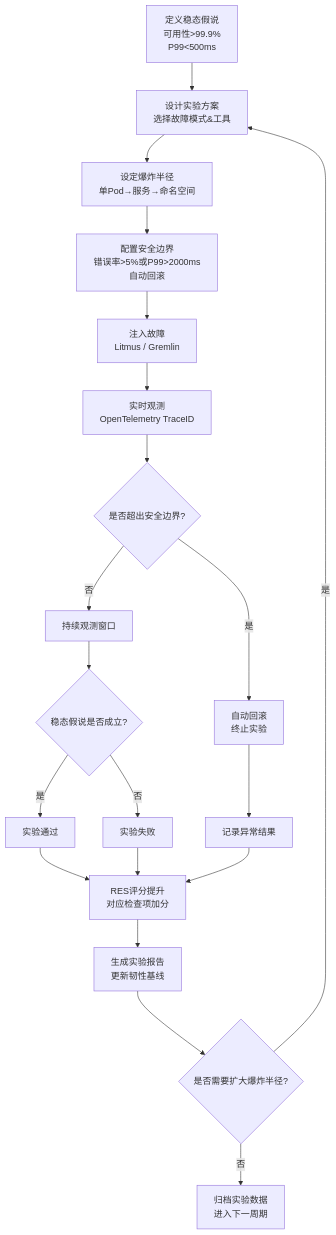
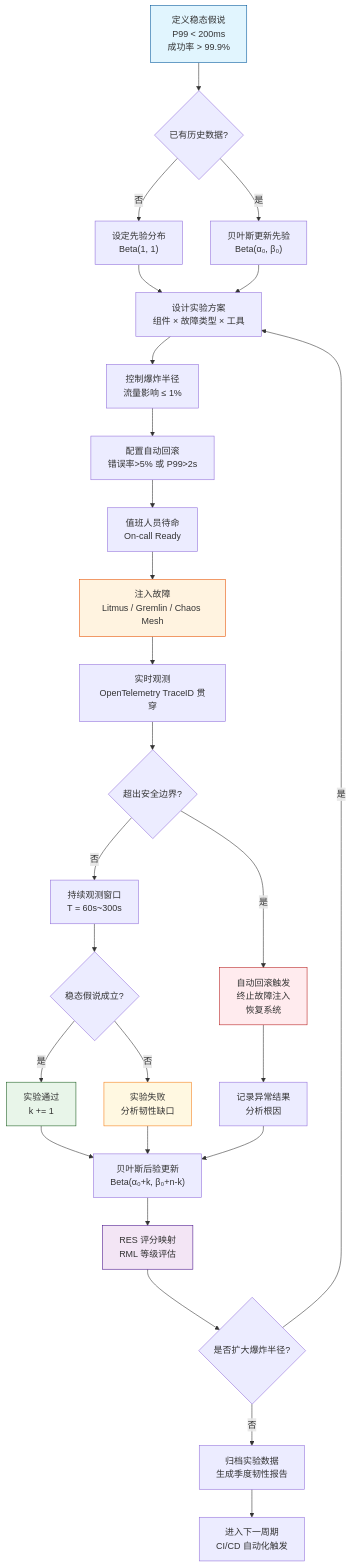
The first of 2 diagrams in TECH-STACK-STREAMING-POSTGRES-TEMPORAL-KRATOS/04-resilience/04.05-chaos-engineering-practice.md (AdaMartin18010/AnalysisDataFlow), drawn with Mermaid before and after one commit. The commit also changed other lines of this file and 5 other files, not shown here.

````diff
--- a/TECH-STACK-STREAMING-POSTGRES-TEMPORAL-KRATOS/04-resilience/04.05-chaos-engineering-practice.md
+++ b/TECH-STACK-STREAMING-POSTGRES-TEMPORAL-KRATOS/04-resilience/04.05-chaos-engineering-practice.md
@@ -324,22 +644,35 @@
 ```mermaid
 flowchart TD
-    A[定义稳态假说<br/>可用性>99.9%<br/>P99<500ms] --> B[设计实验方案<br/>选择故障模式&工具]
-    B --> C[设定爆炸半径<br/>单Pod→服务→命名空间]
-    C --> D[配置安全边界<br/>错误率>5%或P99>2000ms<br/>自动回滚]
-    D --> E[注入故障<br/>Litmus / Gremlin]
-    E --> F[实时观测<br/>OpenTelemetry TraceID]
-    F --> G{是否超出安全边界?}
-    G -->|是| H[自动回滚<br/>终止实验]
-    G -->|否| I[持续观测窗口]
-    H --> J[记录异常结果]
-    I --> K{稳态假说是否成立?}
-    K -->|是| L[实验通过]
-    K -->|否| M[实验失败]
-    L --> N[RES评分提升<br/>对应检查项加分]
-    M --> N
-    J --> N
-    N --> O[生成实验报告<br/>更新韧性基线]
-    O --> P{是否需要扩大爆炸半径?}
-    P -->|是| B
-    P -->|否| Q[归档实验数据<br/>进入下一周期]
+    A["定义稳态假说<br/>P99 < 200ms<br/>成功率 > 99.9%"] --> B{"已有历史数据?"}
+    B -->|否| C["设定先验分布<br/>Beta(1, 1)"]
+    B -->|是| D["贝叶斯更新先验<br/>Beta(α₀, β₀)"]
+    C --> E["设计实验方案<br/>组件 × 故障类型 × 工具"]
+    D --> E
+    E --> F["控制爆炸半径<br/>流量影响 ≤ 1%"]
+    F --> G["配置自动回滚<br/>错误率>5% 或 P99>2s"]
+    G --> H["值班人员待命<br/>On-call Ready"]
+    H --> I["注入故障<br/>Litmus / Gremlin / Chaos Mesh"]
+    I --> J["实时观测<br/>OpenTelemetry TraceID 贯穿"]
+    J --> K{"超出安全边界?"}
+    K -->|是| L["自动回滚触发<br/>终止故障注入<br/>恢复系统"]
+    K -->|否| M["持续观测窗口<br/>T = 60s~300s"]
+    L --> N["记录异常结果<br/>分析根因"]
+    M --> O{"稳态假说成立?"}
+    O -->|是| P["实验通过<br/>k += 1"]
+    O -->|否| Q["实验失败<br/>分析韧性缺口"]
+    P --> R["贝叶斯后验更新<br/>Beta(α₀+k, β₀+n-k)"]
+    Q --> R
+    N --> R
+    R --> S["RES 评分映射<br/>RML 等级评估"]
+    S --> T{"是否扩大爆炸半径?"}
+    T -->|是| E
+    T -->|否| U["归档实验数据<br/>生成季度韧性报告"]
+    U --> V["进入下一周期<br/>CI/CD 自动化触发"]
+
+    style A fill:#e1f5fe,stroke:#01579b
+    style I fill:#fff3e0,stroke:#e65100
+    style L fill:#ffebee,stroke:#b71c1c
+    style P fill:#e8f5e9,stroke:#1b5e20
+    style Q fill:#fff8e1,stroke:#f57f17
+    style S fill:#f3e5f5,stroke:#4a148c
 ```
````
